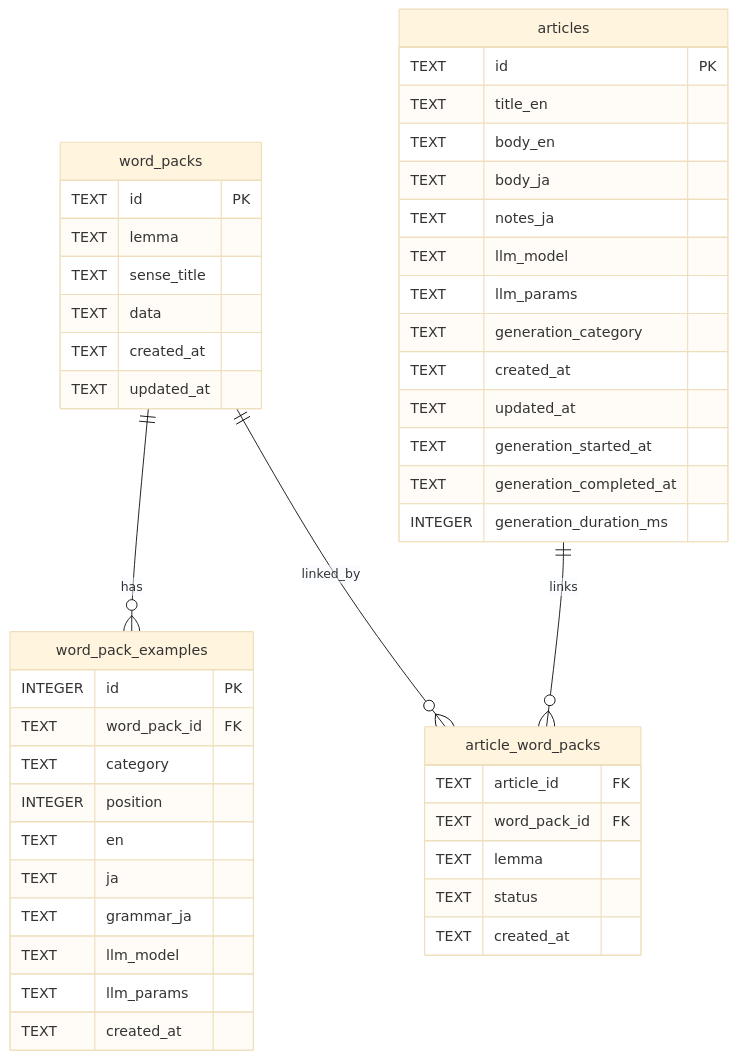
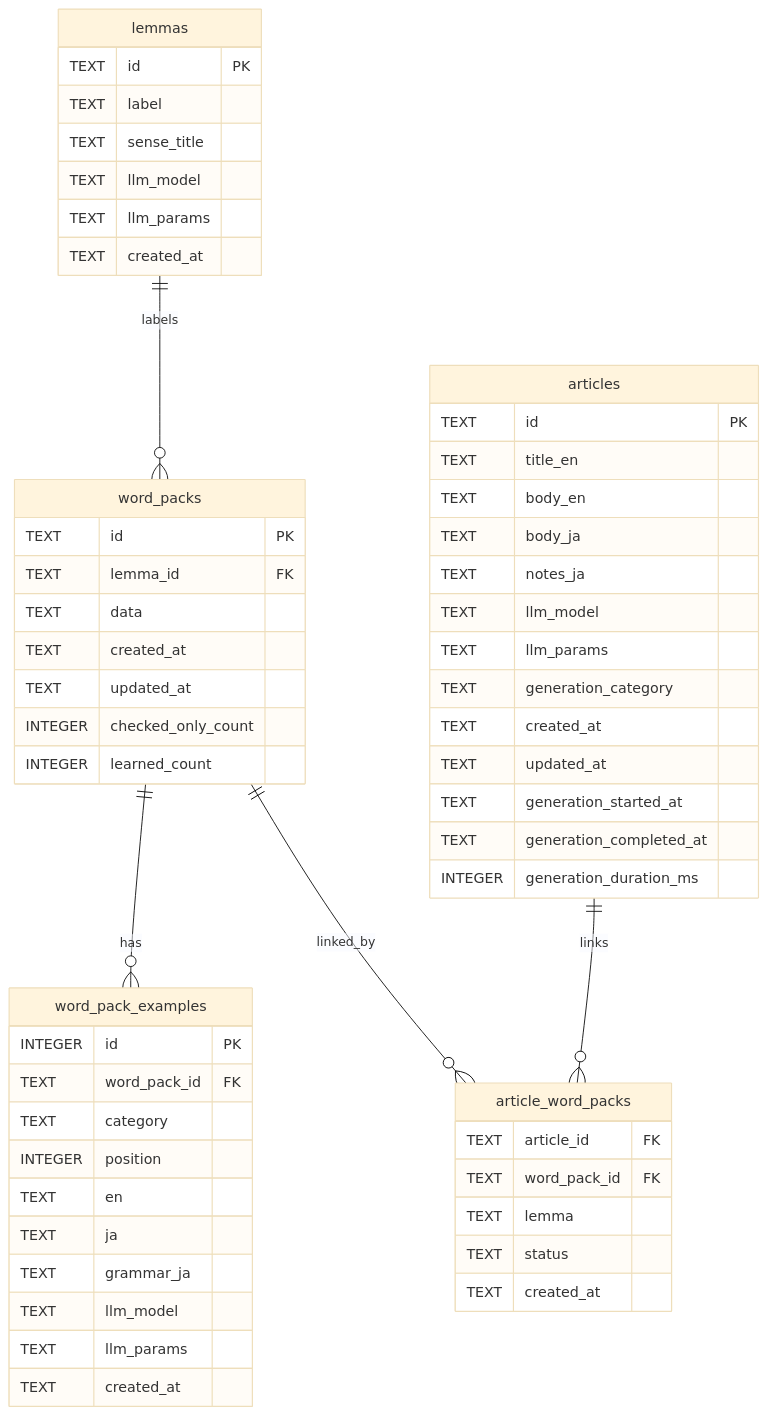
The diagram in docs/db_er.md (RiSEblackbird/wordpack-for-english), drawn with Mermaid (base theme) before and after one commit. The commit also changed other lines of this file and 1 other file, not shown here.

Commit message:
lemmaテーブル分離と永続化の刷新 / Introduce dedicated lemma table for persistence

````diff
--- a/docs/db_er.md
+++ b/docs/db_er.md
@@ -5,52 +5,63 @@
 ```mermaid
 erDiagram
+    lemmas    ||--o{ word_packs        : labels
     word_packs ||--o{ word_pack_examples : has
     articles   ||--o{ article_word_packs : links
     word_packs ||--o{ article_word_packs : linked_by
 
+    lemmas {
+        TEXT id PK
+        TEXT label
+        TEXT sense_title
+        TEXT llm_model
+        TEXT llm_params
+        TEXT created_at
+    }
+
     word_packs {
         TEXT id PK
-        TEXT lemma
-        TEXT sense_title
+        TEXT lemma_id FK
         TEXT data
         TEXT created_at
         TEXT updated_at
+        INTEGER checked_only_count
+        INTEGER learned_count
     }
 
     word_pack_examples {
         INTEGER id PK
         TEXT word_pack_id FK
         TEXT category
         INTEGER position
         TEXT en
         TEXT ja
         TEXT grammar_ja
         TEXT llm_model
         TEXT llm_params
         TEXT created_at
     }
 
     articles {
         TEXT id PK
         TEXT title_en
         TEXT body_en
         TEXT body_ja
         TEXT notes_ja
         TEXT llm_model
         TEXT llm_params
         TEXT generation_category
         TEXT created_at
         TEXT updated_at
         TEXT generation_started_at
         TEXT generation_completed_at
         INTEGER generation_duration_ms
     }
 
     article_word_packs {
         TEXT article_id FK
         TEXT word_pack_id FK
         TEXT lemma
         TEXT status
         TEXT created_at
     }
 ```
````
